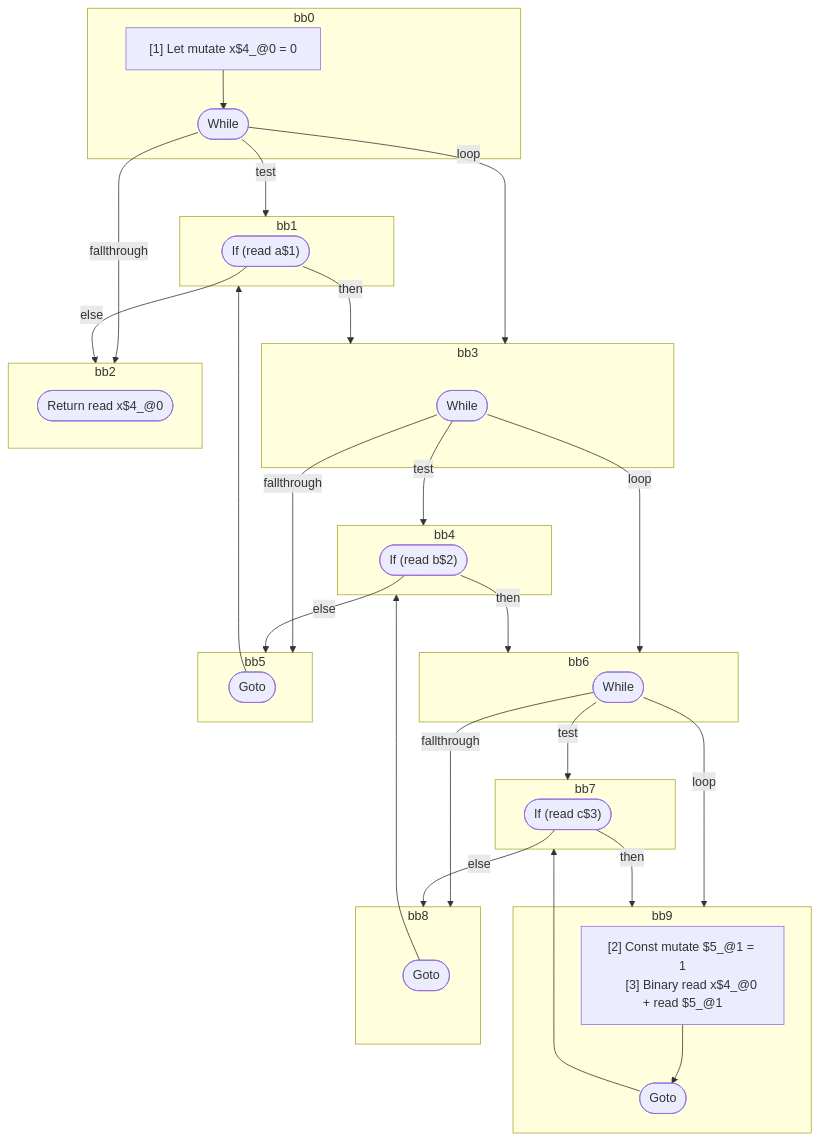
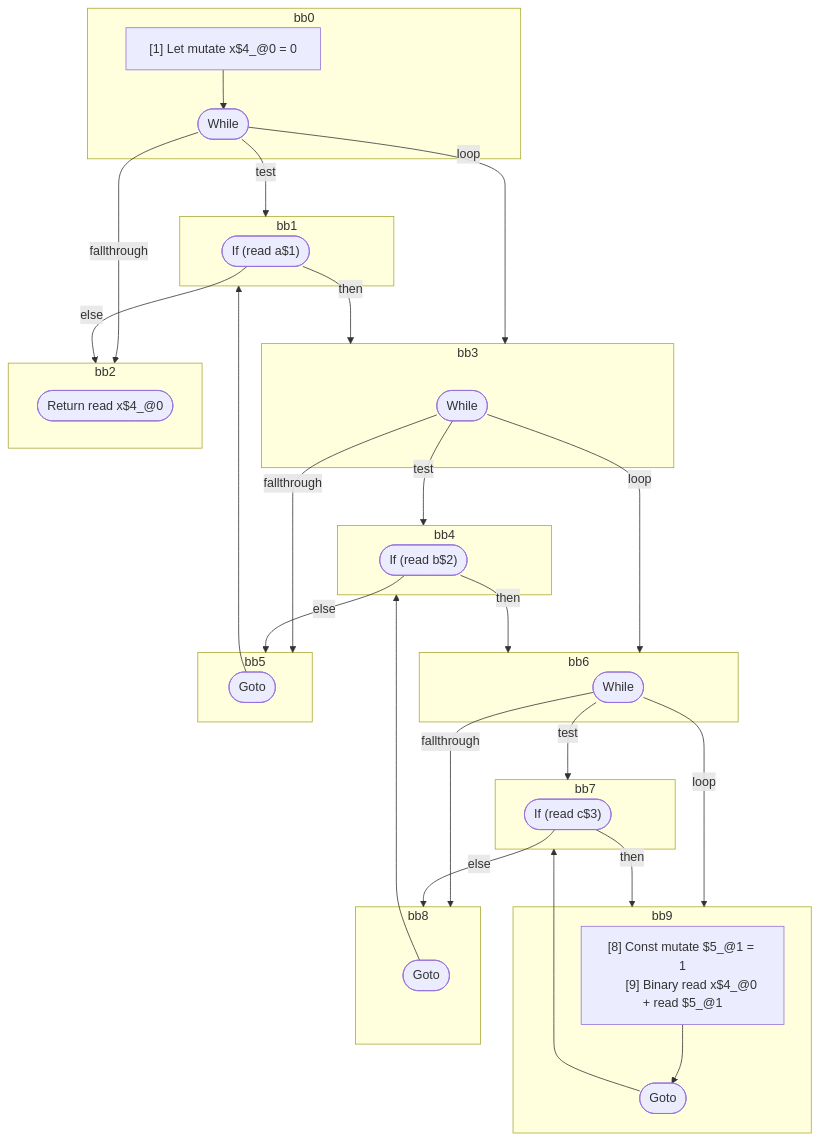
Before and after one commit to wutsmog/private: the diagram in compiler/forget/src/__tests__/fixtures/hir/ssa-nested-loops-no-reassign.expect.md, drawn with Mermaid. The commit also changed other lines of this file and 61 other files, not shown here.

````diff
--- a/compiler/forget/src/__tests__/fixtures/hir/ssa-nested-loops-no-reassign.expect.md
+++ b/compiler/forget/src/__tests__/fixtures/hir/ssa-nested-loops-no-reassign.expect.md
@@ -59,62 +59,62 @@
 ```mermaid
 flowchart TB
   %% Basic Blocks
   subgraph bb0
     bb0_instrs["
       [1] Let mutate x$4_@0 = 0
     "]
     bb0_instrs --> bb0_terminal(["While"])
   end
   subgraph bb1
     bb1_terminal(["If (read a$1)"])
   end
   subgraph bb3
     bb3_terminal(["While"])
   end
   subgraph bb4
     bb4_terminal(["If (read b$2)"])
   end
   subgraph bb6
     bb6_terminal(["While"])
   end
   subgraph bb7
     bb7_terminal(["If (read c$3)"])
   end
   subgraph bb9
     bb9_instrs["
-      [2] Const mutate $5_@1 = 1
-      [3] Binary read x$4_@0 + read $5_@1
+      [8] Const mutate $5_@1 = 1
+      [9] Binary read x$4_@0 + read $5_@1
     "]
     bb9_instrs --> bb9_terminal(["Goto"])
   end
   subgraph bb8
     bb8_terminal(["Goto"])
   end
   subgraph bb5
     bb5_terminal(["Goto"])
   end
   subgraph bb2
     bb2_terminal(["Return read x$4_@0"])
   end
 
   %% Jumps
   bb0_terminal -- "test" --> bb1
   bb0_terminal -- "loop" --> bb3
   bb0_terminal -- "fallthrough" --> bb2
   bb1_terminal -- "then" --> bb3
   bb1_terminal -- "else" --> bb2
   bb3_terminal -- "test" --> bb4
   bb3_terminal -- "loop" --> bb6
   bb3_terminal -- "fallthrough" --> bb5
   bb4_terminal -- "then" --> bb6
   bb4_terminal -- "else" --> bb5
   bb6_terminal -- "test" --> bb7
   bb6_terminal -- "loop" --> bb9
   bb6_terminal -- "fallthrough" --> bb8
   bb7_terminal -- "then" --> bb9
   bb7_terminal -- "else" --> bb8
   bb9_terminal --> bb7
   bb8_terminal --> bb4
   bb5_terminal --> bb1
 
 ```
````
